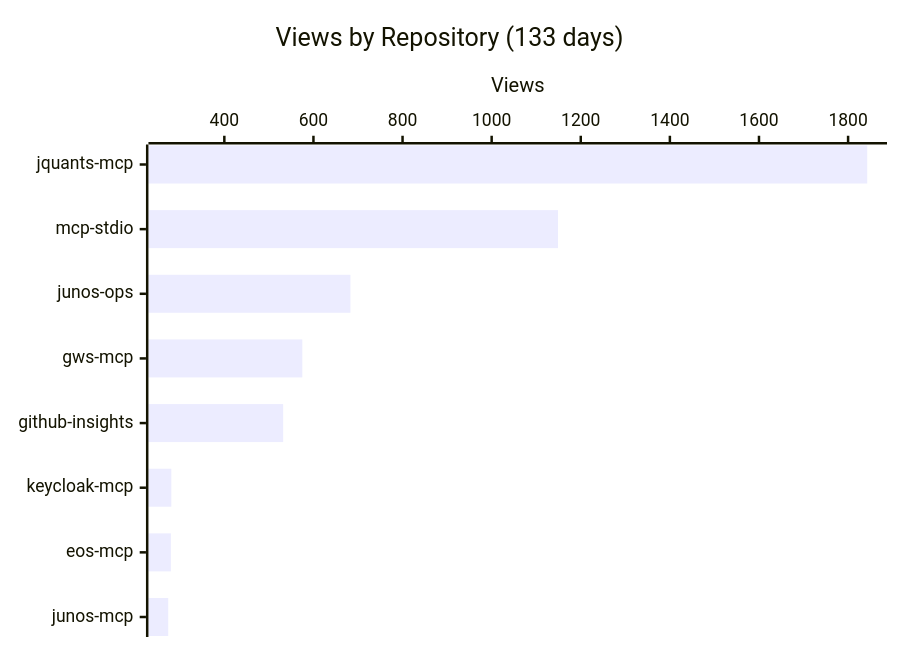
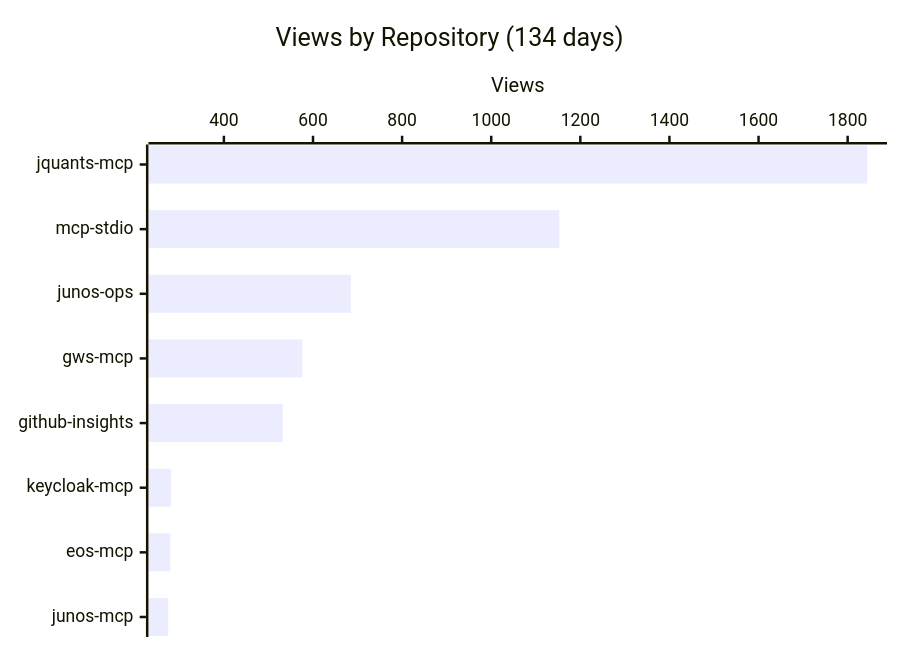
One commit to shigechika/github-insights changed the first of 4 diagrams in README.md. Above: the diagram before and after it, drawn with Mermaid. The commit also changed other lines of this file and 2 other files, not shown here.

````diff
--- a/README.md
+++ b/README.md
@@ -18,7 +18,7 @@
 ```mermaid
 xychart-beta horizontal
-    title "Views by Repository (133 days)"
+    title "Views by Repository (134 days)"
     x-axis ["jquants-mcp", "mcp-stdio", "junos-ops", "gws-mcp", "github-insights", "keycloak-mcp", "eos-mcp", "junos-mcp"]
     y-axis "Views"
-    bar [1843, 1149, 683, 575, 532, 281, 280, 274]
+    bar [1844, 1153, 685, 576, 532, 281, 280, 275]
 ```
````
